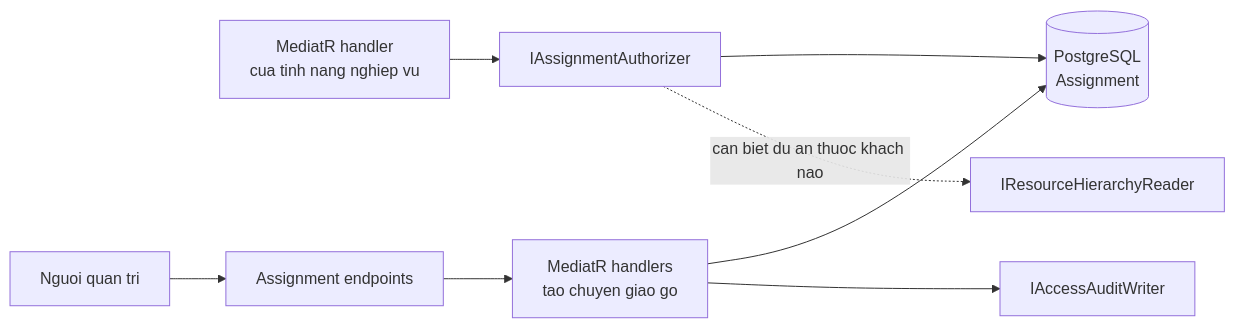
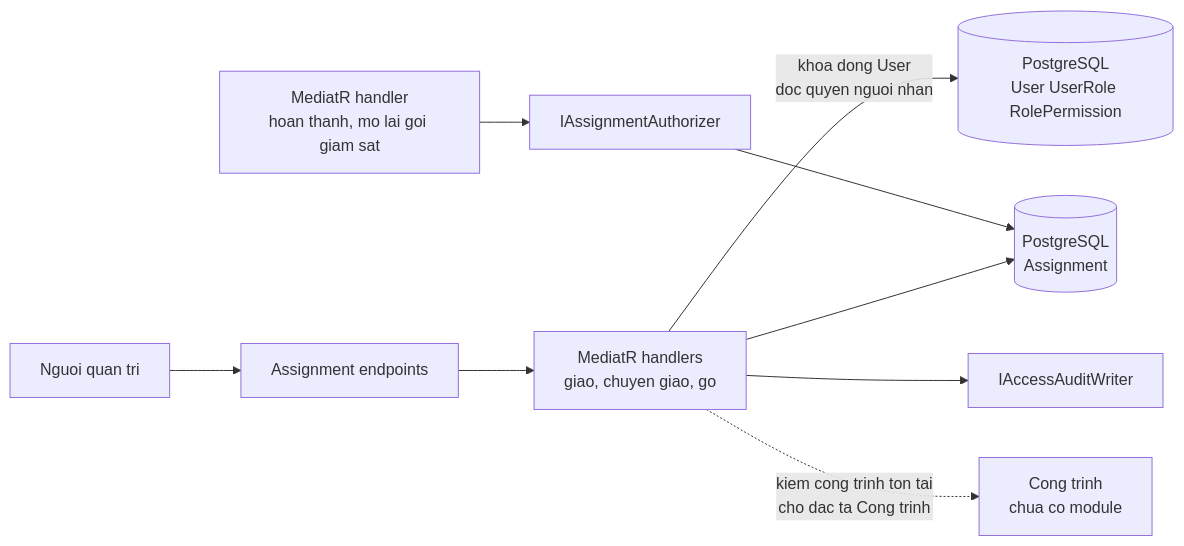
The first of 5 diagrams in tdd/TDD-RBAC-003.md (TaskCoper/bmt-documentation), drawn with Mermaid before and after one commit. The commit also changed other lines of this file and 19 other files, not shown here.

````diff
--- a/tdd/TDD-RBAC-003.md
+++ b/tdd/TDD-RBAC-003.md
@@ -81,10 +88,11 @@
 ```mermaid
 flowchart LR
-    H[MediatR handler<br/>cua tinh nang nghiep vu] --> SV[IAssignmentAuthorizer]
+    H[MediatR handler<br/>hoan thanh, mo lai goi giam sat] --> SV[IAssignmentAuthorizer]
     SV --> PG[(PostgreSQL<br/>Assignment)]
-    SV -.->|can biet du an thuoc khach nao| RS[IResourceHierarchyReader]
     AD[Nguoi quan tri] --> API[Assignment endpoints]
-    API --> AH[MediatR handlers<br/>tao chuyen giao go]
+    API --> AH[MediatR handlers<br/>giao, chuyen giao, go]
+    AH -->|khoa dong User<br/>doc quyen nguoi nhan| UR[(PostgreSQL<br/>User UserRole RolePermission)]
     AH --> PG
     AH --> AU[IAccessAuditWriter]
+    AH -.->|kiem cong trinh ton tai<br/>cho dac ta Cong trinh| CS[Cong trinh<br/>chua co module]
 ```
````
